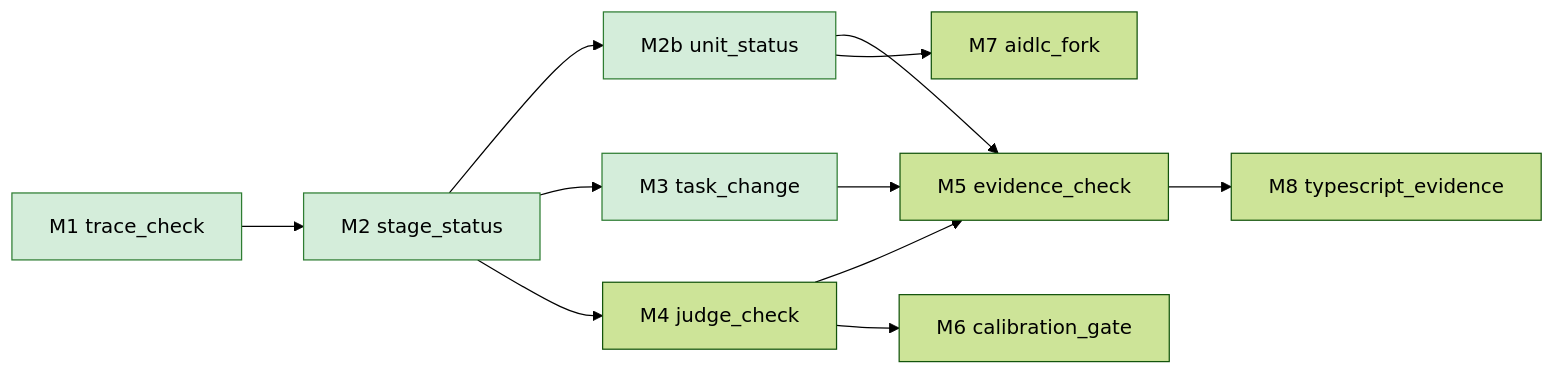
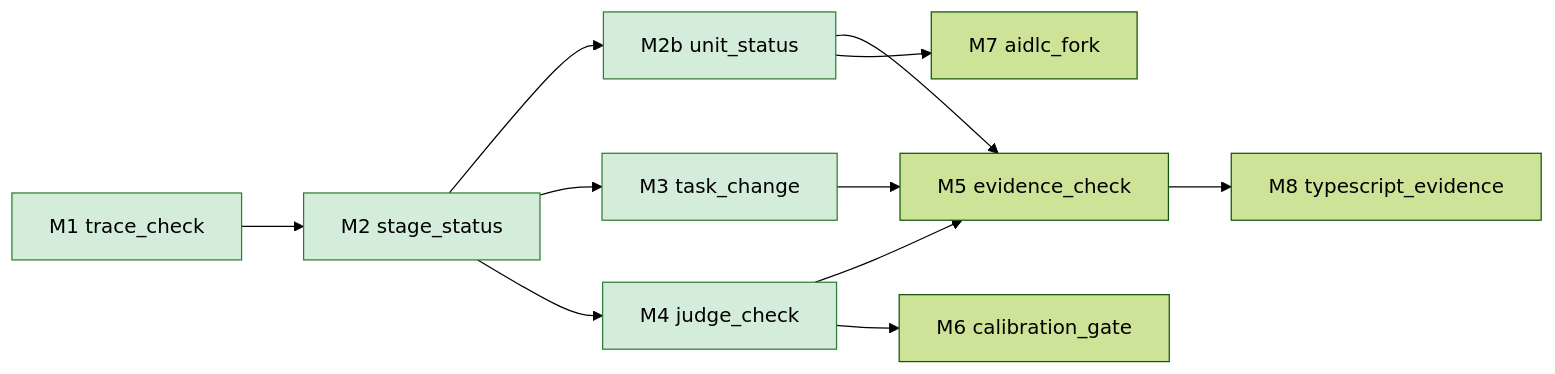
The diagram in docs/design/03-implementation-plan.md (nullrul/earnest), drawn with Mermaid (forest theme) before and after one commit. The commit also changed 3 other files, not shown here.

````diff
--- a/docs/design/03-implementation-plan.md
+++ b/docs/design/03-implementation-plan.md
@@ -15,15 +15,15 @@
 ```mermaid
 flowchart LR
   M1["M1 trace_check"] --> M2["M2 stage_status"]
   M2 --> M2b["M2b unit_status"]
   M2 --> M3["M3 task_change"]
   M2 --> M4["M4 judge_check"]
   M2b --> M5["M5 evidence_check"]
   M2b --> M7["M7 aidlc_fork"]
   M3 --> M5
   M4 --> M5
   M4 --> M6["M6 calibration_gate"]
   M5 --> M8["M8 typescript_evidence"]
   classDef done fill:#d4edda,stroke:#2e7d32
-  class M1,M2,M2b,M3 done
+  class M1,M2,M2b,M3,M4 done
 ```
````
